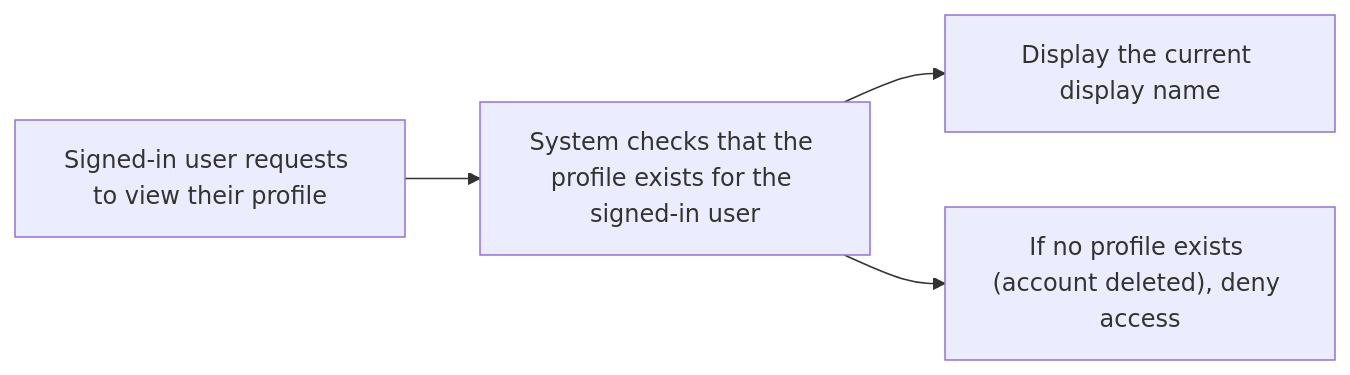
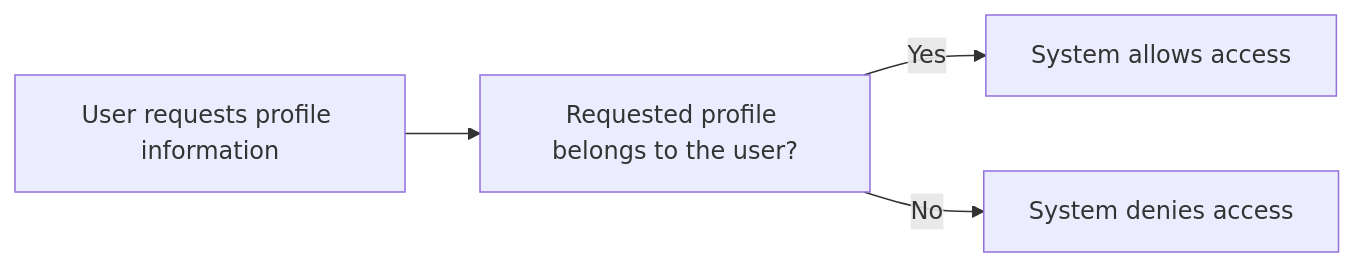
One commit to wrtnlabs/autobe-examples changed the first of 21 diagrams in openai/gpt-5.4-nano/todo/docs/analysis/03-functional-requirements.md. Above: the diagram before and after it, drawn with Mermaid. The commit also changed other lines of this file and 32093 other files, not shown here.

````diff
--- a/openai/gpt-5.4-nano/todo/docs/analysis/03-functional-requirements.md
+++ b/openai/gpt-5.4-nano/todo/docs/analysis/03-functional-requirements.md
@@ -111,6 +110,6 @@
 ```mermaid
 flowchart LR
-    A["Signed-in user requests to view their profile"] --> B["System checks that the profile exists for the signed-in user"]
-    B --> C["Display the current display name"]
-    B --> D["If no profile exists (account deleted), deny access"]
+A["User requests profile information"] --> B["Requested profile belongs to the user?" ]
+B -->|"Yes"| C["System allows access"]
+B -->|"No"| D["System denies access"]
 ```
````
